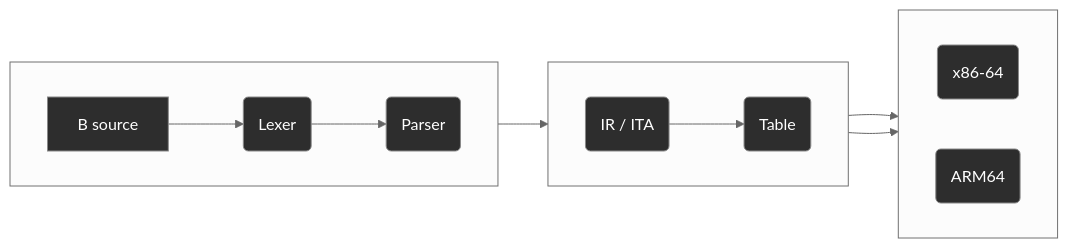
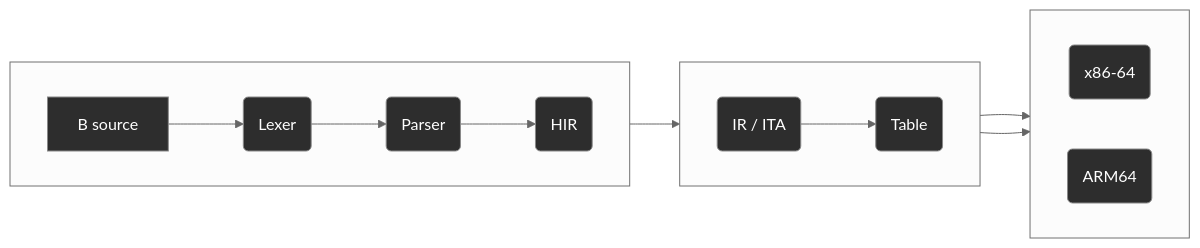
The diagram in README.md (jahan-addison/credence), drawn with Mermaid (neutral theme) before and after one commit. The commit also changed other lines of this file and 28 other files, not shown here.

````diff
--- a/README.md
+++ b/README.md
@@ -24,29 +24,31 @@
 ```mermaid
 flowchart LR
     subgraph Frontend [" "]
         direction LR
         A[B source] --> B(Lexer)
         B --> C(Parser)
+        C --> H(HIR)
     end
     subgraph Middle [" "]
         direction LR
         D(IR / ITA)
         E(Table)
     end
     subgraph Backend [" "]
         direction LR
         F(x86-64)
         G(ARM64)
     end
-    C --> D --> E
+    H --> D --> E
     E --> F
     E --> G
 
     style A fill:#2d2d2d,stroke:#888,color:#fff
     style B fill:#2d2d2d,stroke:#888,color:#fff
     style C fill:#2d2d2d,stroke:#888,color:#fff
     style D fill:#2d2d2d,stroke:#888,color:#fff
     style E fill:#2d2d2d,stroke:#888,color:#fff
     style F fill:#2d2d2d,stroke:#888,color:#fff
     style G fill:#2d2d2d,stroke:#888,color:#fff
+    style H fill:#2d2d2d,stroke:#888,color:#fff
 ```
````
